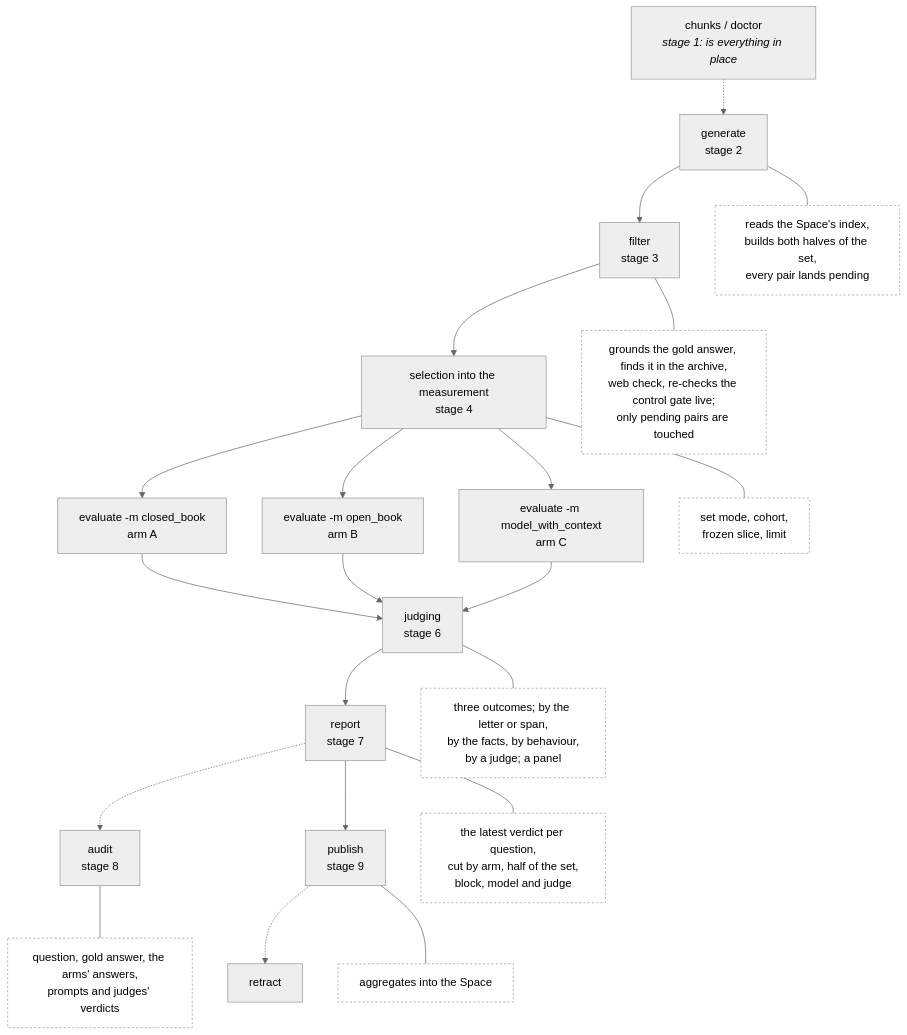
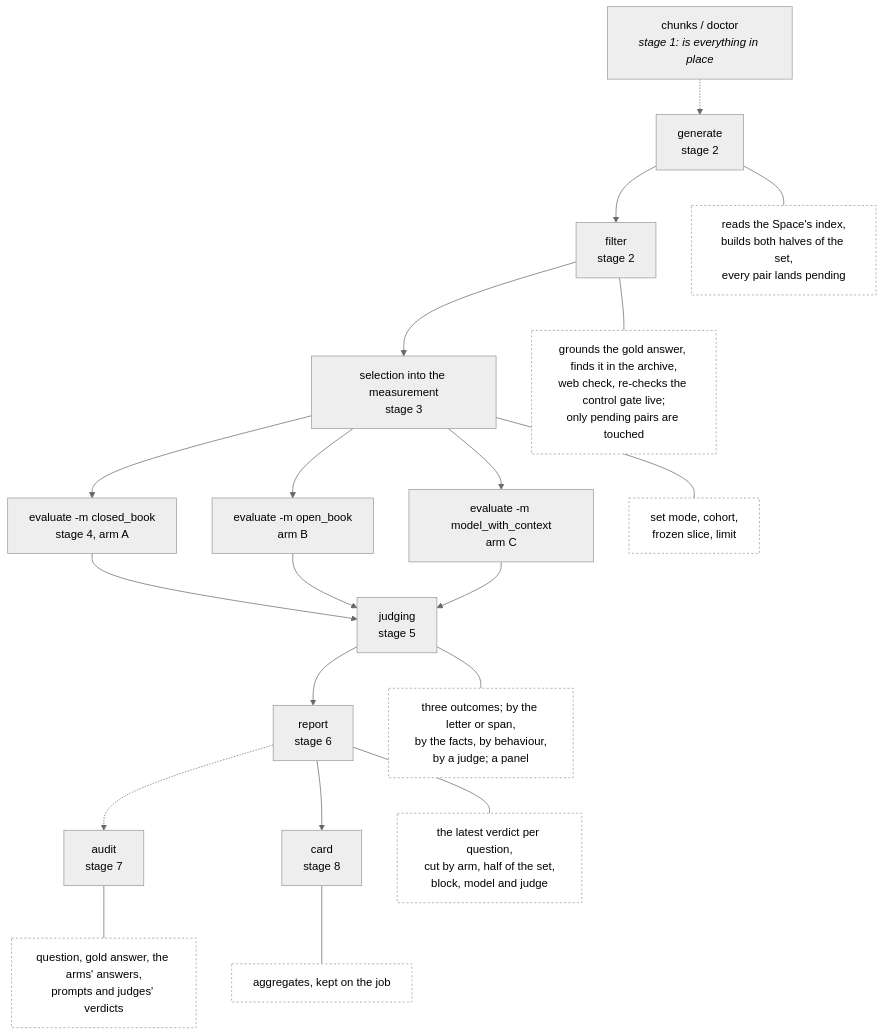
Before and after one commit to OpenMined/syft-space: the second of 2 diagrams in packages/benchmark/docs/README.md, drawn with Mermaid (neutral theme). The commit also changed other lines of this file and 176 other files, not shown here.

````diff
--- a/packages/benchmark/docs/README.md
+++ b/packages/benchmark/docs/README.md
@@ -75,32 +71,31 @@
 ```mermaid
 flowchart TB
     A["chunks / doctor<br/><i>stage 1: is everything in place</i>"] -.-> B
-    B["generate<br/>stage 2"] --> FI["filter<br/>stage 3"]
-    FI --> S["selection into the measurement<br/>stage 4"]
-    S --> C["evaluate -m closed_book<br/>arm A"]
+    B["generate<br/>stage 2"] --> FI["filter<br/>stage 2"]
+    FI --> S["selection into the measurement<br/>stage 3"]
+    S --> C["evaluate -m closed_book<br/>stage 4, arm A"]
     S --> D["evaluate -m open_book<br/>arm B"]
     S --> H["evaluate -m model_with_context<br/>arm C"]
-    C --> J["judging<br/>stage 6"]
+    C --> J["judging<br/>stage 5"]
     D --> J
     H --> J
-    J --> E["report<br/>stage 7"]
-    E -.-> AU["audit<br/>stage 8"]
-    E --> F["publish<br/>stage 9"]
-    F -.-> G["retract"]
+    J --> E["report<br/>stage 6"]
+    E -.-> AU["audit<br/>stage 7"]
+    E --> F["card<br/>stage 8"]
 
     B --- b1["reads the Space's index,<br/>builds both halves of the set,<br/>every pair lands pending"]
     FI --- fi1["grounds the gold answer, finds it in the archive,<br/>web check, re-checks the control gate live;<br/>only pending pairs are touched"]
     S --- s1["set mode, cohort,<br/>frozen slice, limit"]
     J --- j1["three outcomes; by the letter or span,<br/>by the facts, by behaviour,<br/>by a judge; a panel"]
     E --- e1["the latest verdict per question,<br/>cut by arm, half of the set,<br/>block, model and judge"]
     AU --- a1["question, gold answer, the arms' answers,<br/>prompts and judges' verdicts"]
-    F --- f1["aggregates into the Space"]
+    F --- f1["aggregates, kept on the job"]
 
     style b1 fill:#fff,stroke-dasharray: 3 3
     style fi1 fill:#fff,stroke-dasharray: 3 3
     style s1 fill:#fff,stroke-dasharray: 3 3
     style j1 fill:#fff,stroke-dasharray: 3 3
     style e1 fill:#fff,stroke-dasharray: 3 3
     style a1 fill:#fff,stroke-dasharray: 3 3
     style f1 fill:#fff,stroke-dasharray: 3 3
 ```
````
